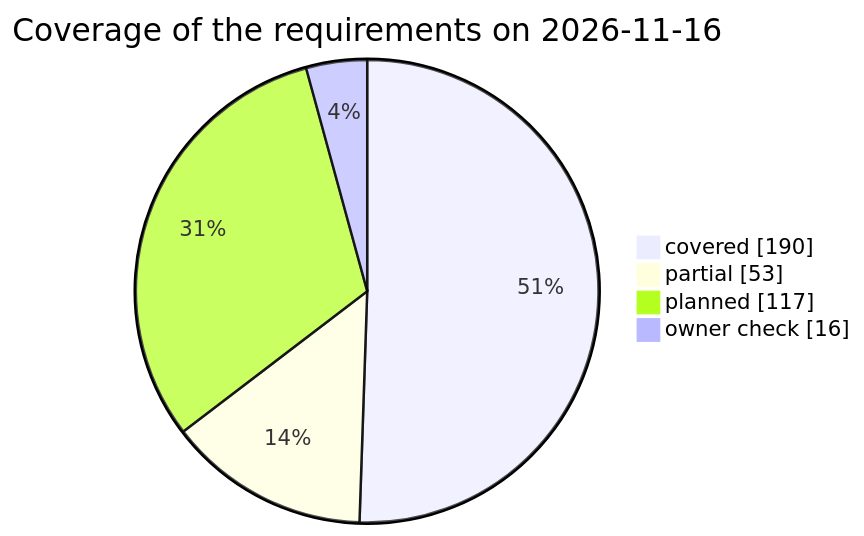
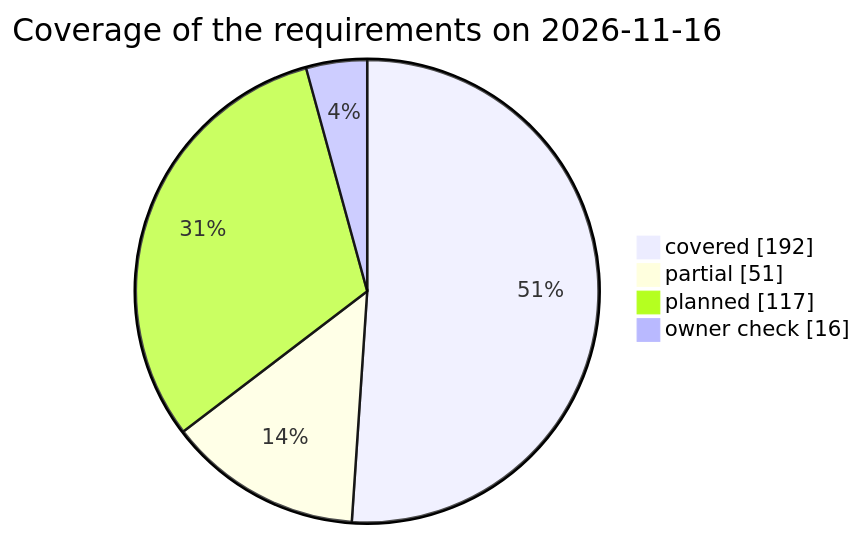
The third of 3 diagrams in docs/test-plan.md (qa-io-vn/fnb-manager), drawn with Mermaid before and after one commit. The commit also changed other lines of this file and 41 other files, not shown here.

````diff
--- a/docs/test-plan.md
+++ b/docs/test-plan.md
@@ -880,8 +880,8 @@
 ```mermaid
 pie showData
     title Coverage of the requirements on 2026-11-16
-    "covered" : 190
-    "partial" : 53
+    "covered" : 192
+    "partial" : 51
     "planned" : 117
     "owner check" : 16
 ```
````
